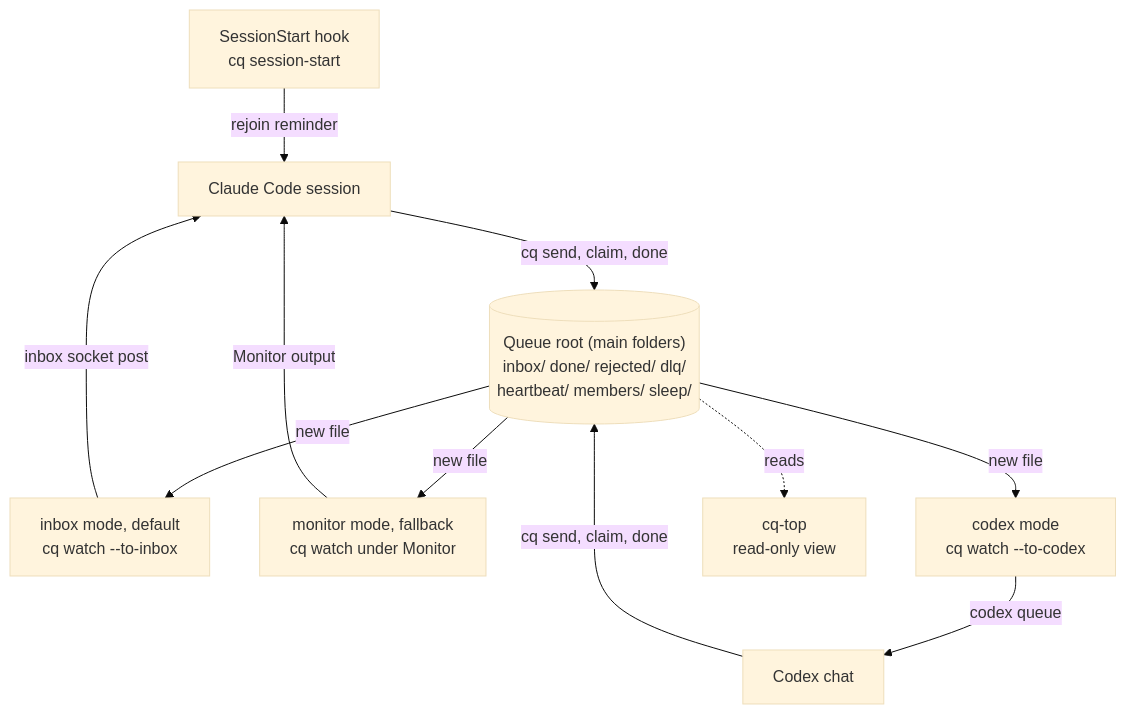
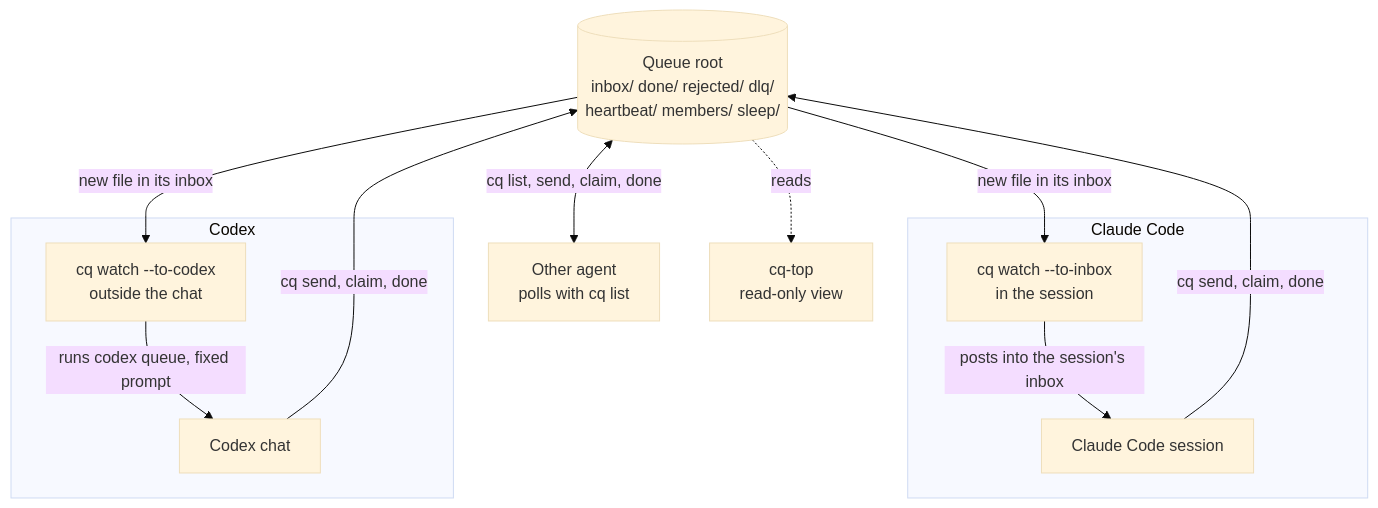
One commit to niklasrichardson/session-queue changed the diagram in README.md. Above: the diagram before and after it, drawn with Mermaid (base theme). The commit also changed other lines of this file and 12 other files, not shown here.

First line of the commit message:
Give Claude Code, Codex and other agents equal setup docs (#43)

````diff
--- a/README.md
+++ b/README.md
@@ -14,22 +14,26 @@
 ```mermaid
 flowchart TB
-    HK["SessionStart hook<br/>cq session-start"]
-    CC["Claude Code session"]
-    CX["Codex chat"]
-    R[("Queue root (main folders)<br/>inbox/ done/ rejected/ dlq/<br/>heartbeat/ members/ sleep/")]
-    WI["inbox mode, default<br/>cq watch --to-inbox"]
-    WM["monitor mode, fallback<br/>cq watch under Monitor"]
-    WC["codex mode<br/>cq watch --to-codex"]
+    R[("Queue root<br/>inbox/ done/ rejected/ dlq/<br/>heartbeat/ members/ sleep/")]
+
+    subgraph claude["Claude Code"]
+        WI["cq watch --to-inbox<br/>in the session"]
+        CC["Claude Code session"]
+        WI -->|"posts into the session's inbox"| CC
+    end
+
+    subgraph codex["Codex"]
+        WC["cq watch --to-codex<br/>outside the chat"]
+        CX["Codex chat"]
+        WC -->|"runs codex queue, fixed prompt"| CX
+    end
+
+    OA["Other agent<br/>polls with cq list"]
     TOP["cq-top<br/>read-only view"]
 
-    HK -->|"rejoin reminder"| CC
+    R -->|"new file in its inbox"| WI
+    R -->|"new file in its inbox"| WC
     CC -->|"cq send, claim, done"| R
     CX -->|"cq send, claim, done"| R
-    R -->|"new file"| WI
-    R -->|"new file"| WM
-    R -->|"new file"| WC
-    WI -->|"inbox socket post"| CC
-    WM -->|"Monitor output"| CC
-    WC -->|"codex queue"| CX
+    R <-->|"cq list, send, claim, done"| OA
     R -.->|"reads"| TOP
 ```
````
